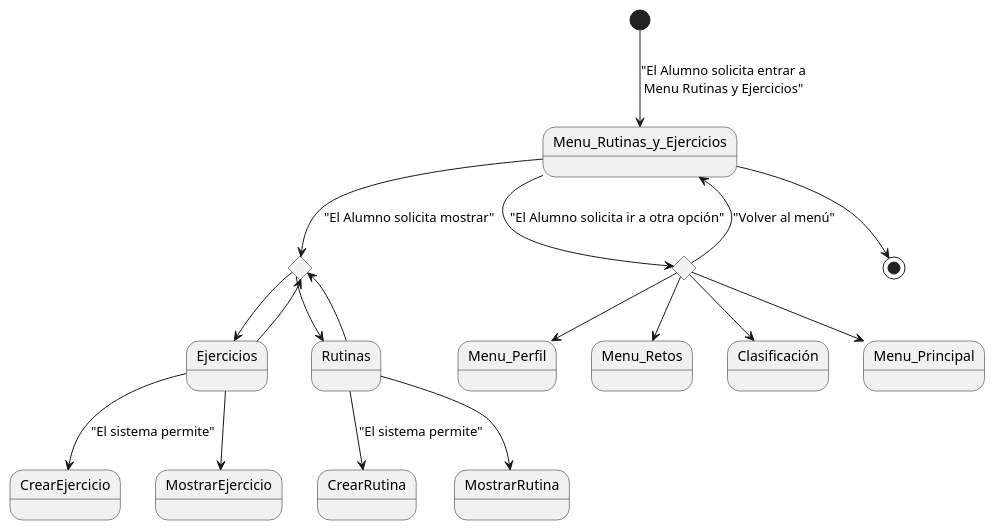
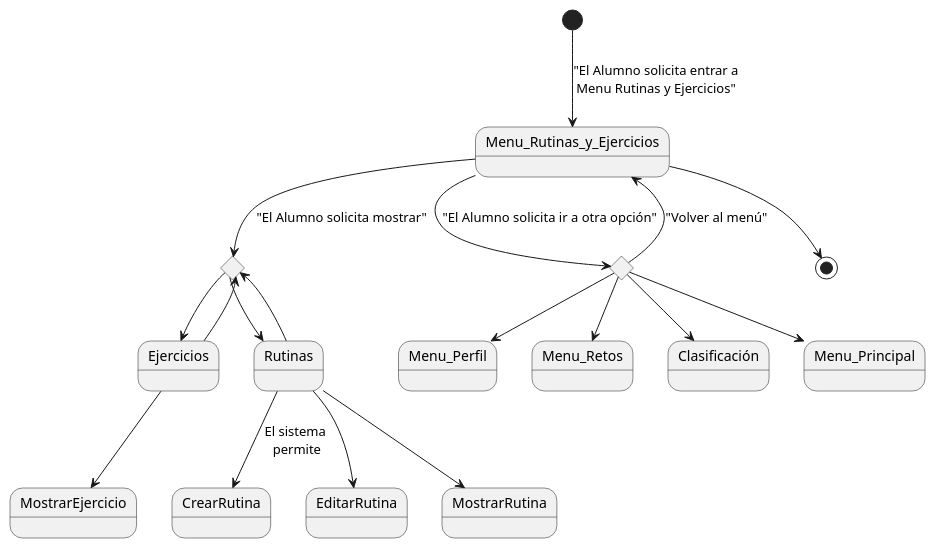
Before and after one commit to mmasias/24-25-IdSw1-SDR: the diagram in Documentos/DetallarCasosDeUso/Alumno/Menu_Rutinas_Alumno.puml, drawn with PlantUML.

```diff
--- a/Documentos/DetallarCasosDeUso/Alumno/Menu_Rutinas_Alumno.puml
+++ b/Documentos/DetallarCasosDeUso/Alumno/Menu_Rutinas_Alumno.puml
@@ -1,34 +1,35 @@
 @startuml
 state Menu_Rutinas_y_Ejercicios
 state rombo1 <<choice>>
 state rombo2 <<choice>>
 state Ejercicios
 state Rutinas
 state CrearRutina
-state CrearEjercicio
+state EditarRutina
 state Menu_Perfil
 state Menu_Retos
 state Clasificación
 state Menu_Principal
 
 [*] --> Menu_Rutinas_y_Ejercicios : "El Alumno solicita entrar a\nMenu Rutinas y Ejercicios"
 
 Menu_Rutinas_y_Ejercicios --> rombo1 : "El Alumno solicita mostrar"
 rombo1 --> Ejercicios
 Ejercicios --> rombo1
 
-Ejercicios --> CrearEjercicio : "El sistema permite"
+
 Ejercicios --> MostrarEjercicio
 rombo1 --> Rutinas
-Rutinas --> CrearRutina: "El sistema permite"
+Rutinas --> CrearRutina: El sistema \npermite
 Rutinas --> MostrarRutina
+Rutinas --> EditarRutina
 Rutinas --> rombo1
 Menu_Rutinas_y_Ejercicios --> rombo2 : "El Alumno solicita ir a otra opción"
 rombo2 --> Menu_Perfil
 rombo2 --> Menu_Retos
 rombo2 --> Clasificación
 rombo2 --> Menu_Principal
 rombo2 --> Menu_Rutinas_y_Ejercicios : "Volver al menú"
 
 Menu_Rutinas_y_Ejercicios --> [*]
 @enduml
```
